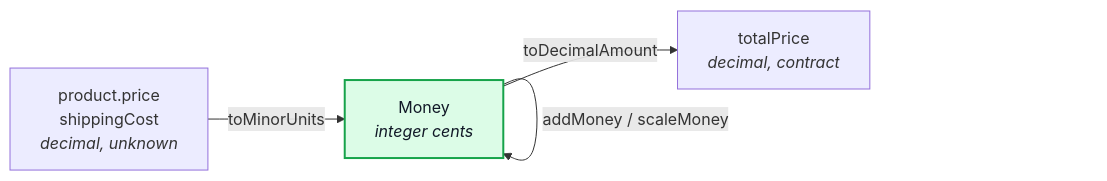
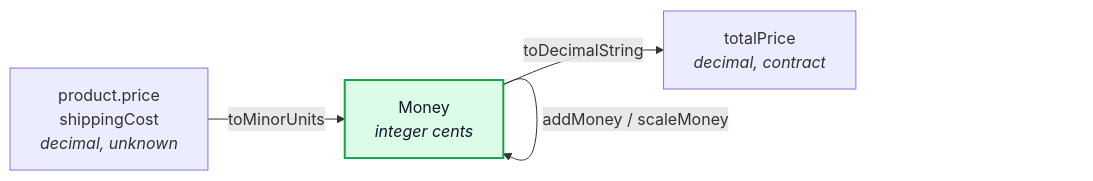
One commit to Guebbit/boilerplate-node-backend changed the ninth of 12 diagrams in docs/theory/tactical-ddd.md. Above: the diagram before and after it, drawn with Mermaid. The commit also changed other lines of this file and 233 other files, not shown here.

````diff
--- a/docs/theory/tactical-ddd.md
+++ b/docs/theory/tactical-ddd.md
@@ -413,10 +413,10 @@
 ```mermaid
 %%{init: {'flowchart': {'nodeSpacing': 30, 'rankSpacing': 40}}}%%
 flowchart LR
     IN["product.price<br/>shippingCost<br/><i>decimal, unknown</i>"] -->|toMinorUnits| M["Money<br/><i>integer cents</i>"]
     M -->|addMoney / scaleMoney| M
-    M -->|toDecimalAmount| OUT["totalPrice<br/><i>decimal, contract</i>"]
+    M -->|toDecimalString| OUT["totalPrice<br/><i>decimal, contract</i>"]
 
     classDef exact fill:#dcfce7,stroke:#16a34a,color:#111827,stroke-width:2px;
     class M exact;
 ```
````
